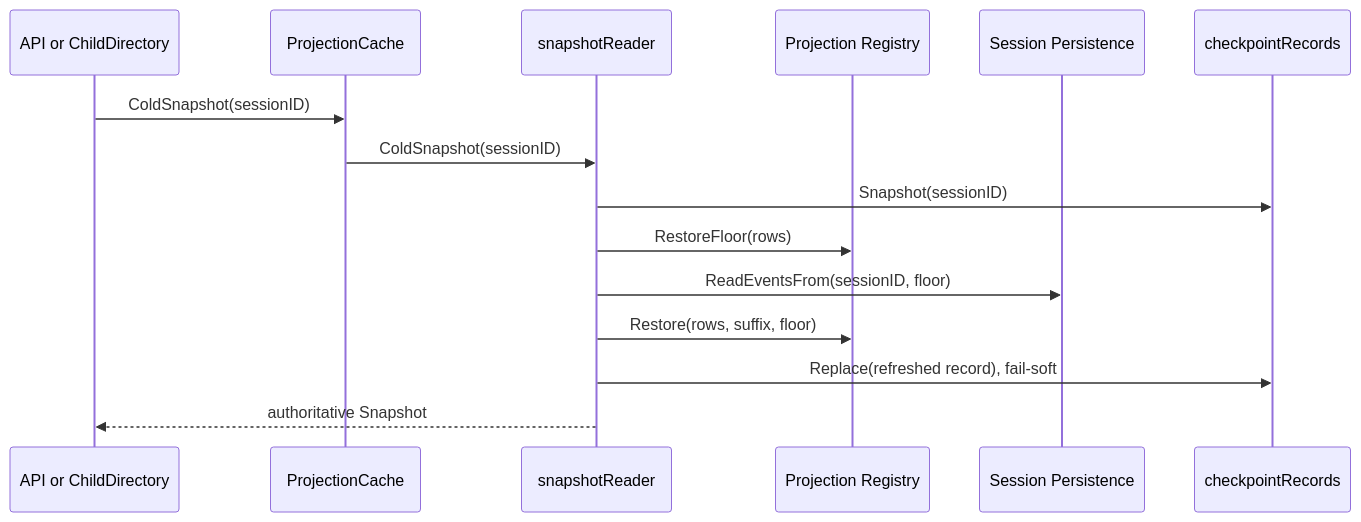
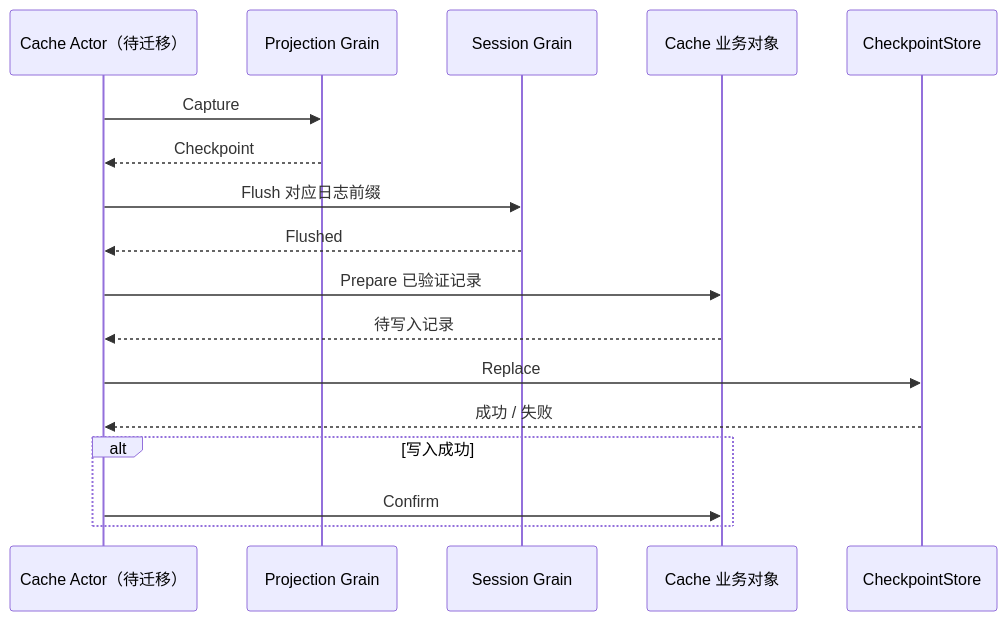
The diagram in session/projectioncache/README.zh-CN.md (gorenx/goren), drawn with Mermaid before and after one commit. The commit also changed other lines of this file and 19 other files, not shown here.

````diff
--- a/session/projectioncache/README.zh-CN.md
+++ b/session/projectioncache/README.zh-CN.md
@@ -33,18 +22,19 @@
 ```mermaid
 sequenceDiagram
-    participant Consumer as API or ChildDirectory
-    participant Cache as ProjectionCache
-    participant Reader as snapshotReader
-    participant Registry as Projection Registry
-    participant Persistence as Session Persistence
-    participant Records as checkpointRecords
-
-    Consumer->>Cache: ColdSnapshot(sessionID)
-    Cache->>Reader: ColdSnapshot(sessionID)
-    Reader->>Records: Snapshot(sessionID)
-    Reader->>Registry: RestoreFloor(rows)
-    Reader->>Persistence: ReadEventsFrom(sessionID, floor)
-    Reader->>Registry: Restore(rows, suffix, floor)
-    Reader->>Records: Replace(refreshed record), fail-soft
-    Reader-->>Consumer: authoritative Snapshot
+    participant A as Cache Actor（待迁移）
+    participant P as Projection Grain
+    participant S as Session Grain
+    participant B as Cache 业务对象
+    participant D as CheckpointStore
+    A->>P: Capture
+    P-->>A: Checkpoint
+    A->>S: Flush 对应日志前缀
+    S-->>A: Flushed
+    A->>B: Prepare 已验证记录
+    B-->>A: 待写入记录
+    A->>D: Replace
+    D-->>A: 成功 / 失败
+    alt 写入成功
+        A->>B: Confirm
+    end
 ```
````
